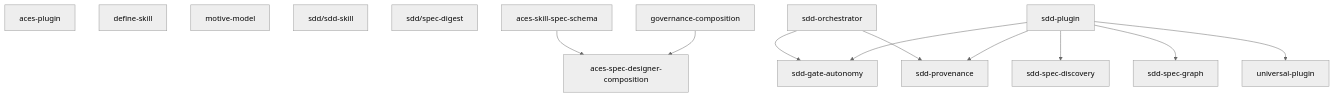
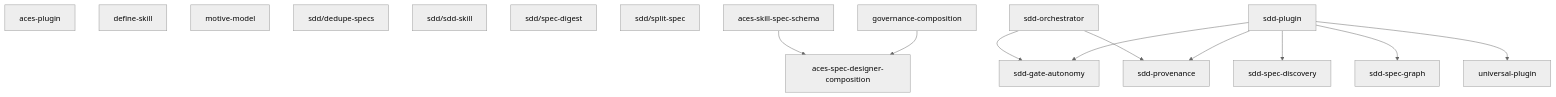
One commit to cyberuni/cyberplace changed the diagram in artifacts/specs/graph.md. Above: the diagram before and after it, drawn with Mermaid (neutral theme). The commit also changed other lines of this file and 2 other files, not shown here.

First line of the commit message:
docs(specs): refine sdd-plugin draft contract and task DAG

````diff
--- a/artifacts/specs/graph.md
+++ b/artifacts/specs/graph.md
@@ -7,17 +7,19 @@
 ```mermaid
 graph TD
   aces-plugin
   define-skill
   motive-model
+  sdd/dedupe-specs
   sdd/sdd-skill
   sdd/spec-digest
+  sdd/split-spec
   aces-skill-spec-schema --> aces-spec-designer-composition
   governance-composition --> aces-spec-designer-composition
   sdd-orchestrator --> sdd-gate-autonomy
   sdd-orchestrator --> sdd-provenance
   sdd-plugin --> sdd-gate-autonomy
   sdd-plugin --> sdd-provenance
   sdd-plugin --> sdd-spec-discovery
   sdd-plugin --> sdd-spec-graph
   sdd-plugin --> universal-plugin
 ```
````
